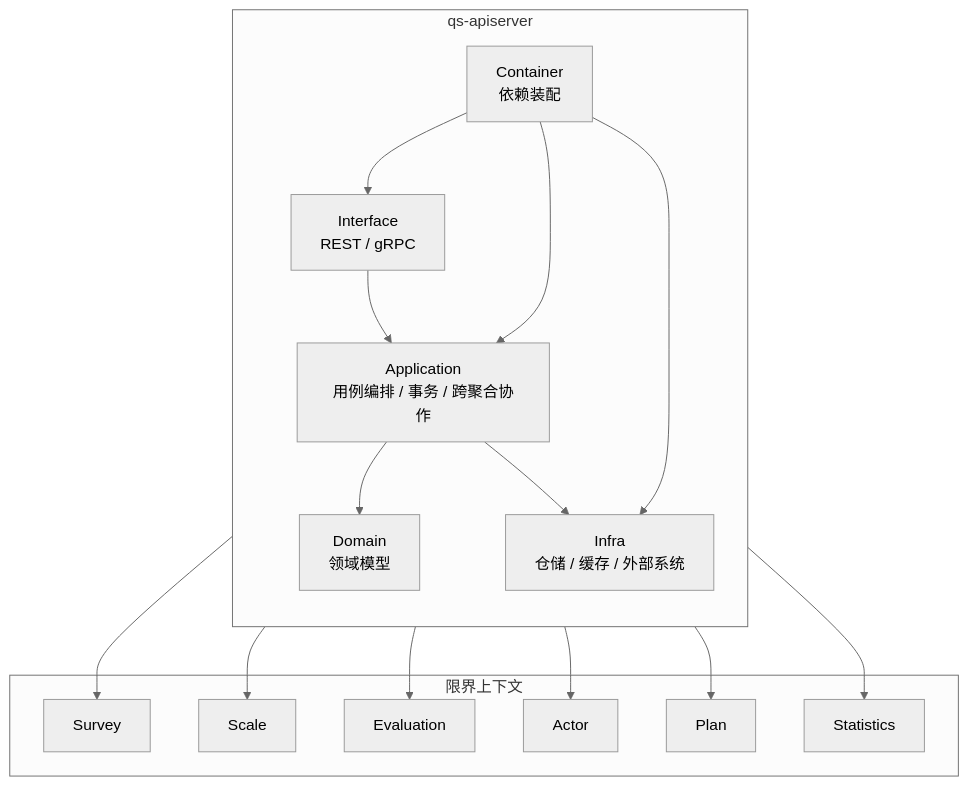
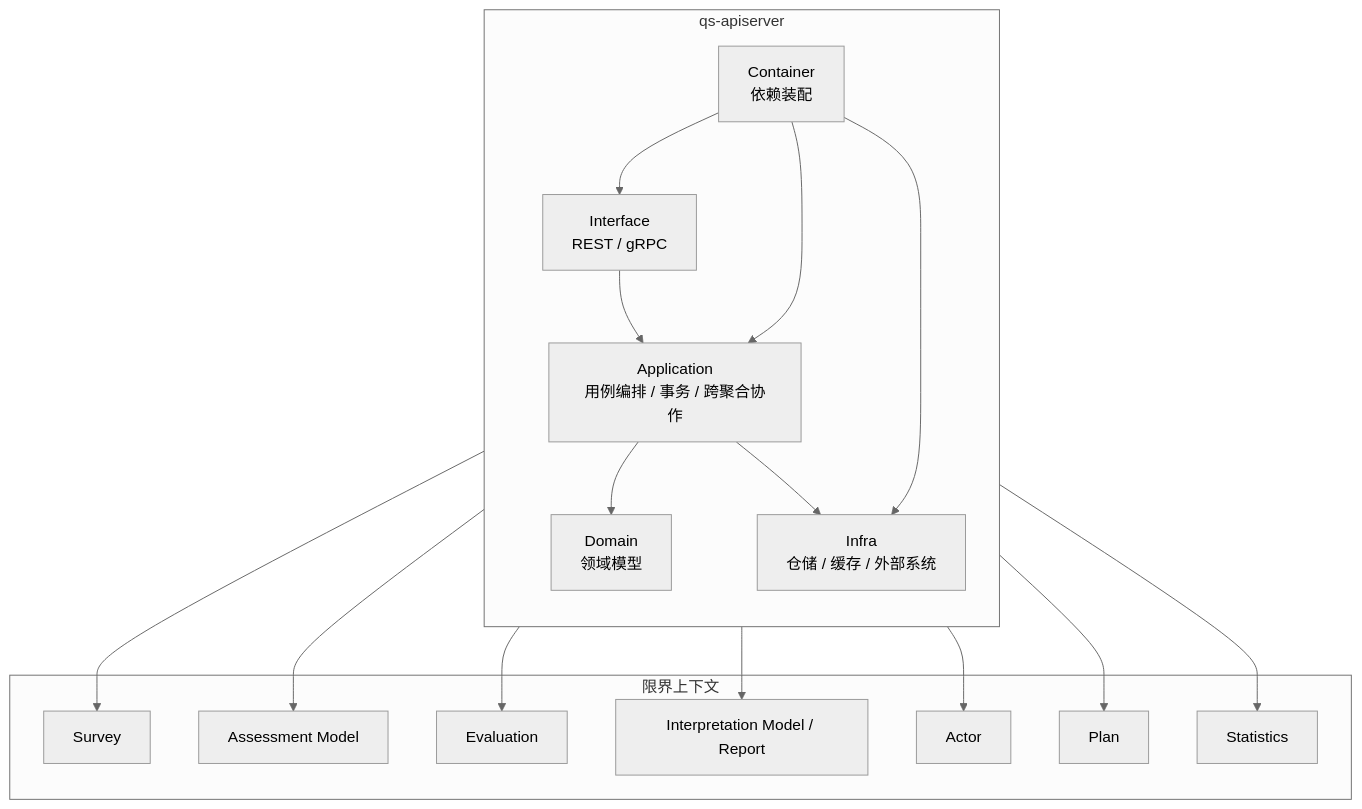
The second of 4 diagrams in docs/00-总览/01-系统地图.md (FangcunMount/qs-server), drawn with Mermaid (neutral theme) before and after one commit. The commit also changed other lines of this file and 69 other files, not shown here.

````diff
--- a/docs/00-总览/01-系统地图.md
+++ b/docs/00-总览/01-系统地图.md
@@ -153,34 +155,36 @@
 ```mermaid
 flowchart TB
     subgraph api[qs-apiserver]
         direction TB
         interface[Interface\nREST / gRPC]
         application[Application\n用例编排 / 事务 / 跨聚合协作]
         domain[Domain\n领域模型]
         infra[Infra\n仓储 / 缓存 / 外部系统]
         container[Container\n依赖装配]
 
         interface --> application
         application --> domain
         application --> infra
         container --> interface
         container --> application
         container --> infra
     end
 
     subgraph bc[限界上下文]
         survey[Survey]
-        scale[Scale]
+        model[Assessment Model]
         evaluation[Evaluation]
+        report[Interpretation Model / Report]
         actor[Actor]
         plan[Plan]
         statistics[Statistics]
     end
 
     domain --> survey
-    domain --> scale
+    domain --> model
     domain --> evaluation
+    domain --> report
     domain --> actor
     domain --> plan
     domain --> statistics
 ```
````
